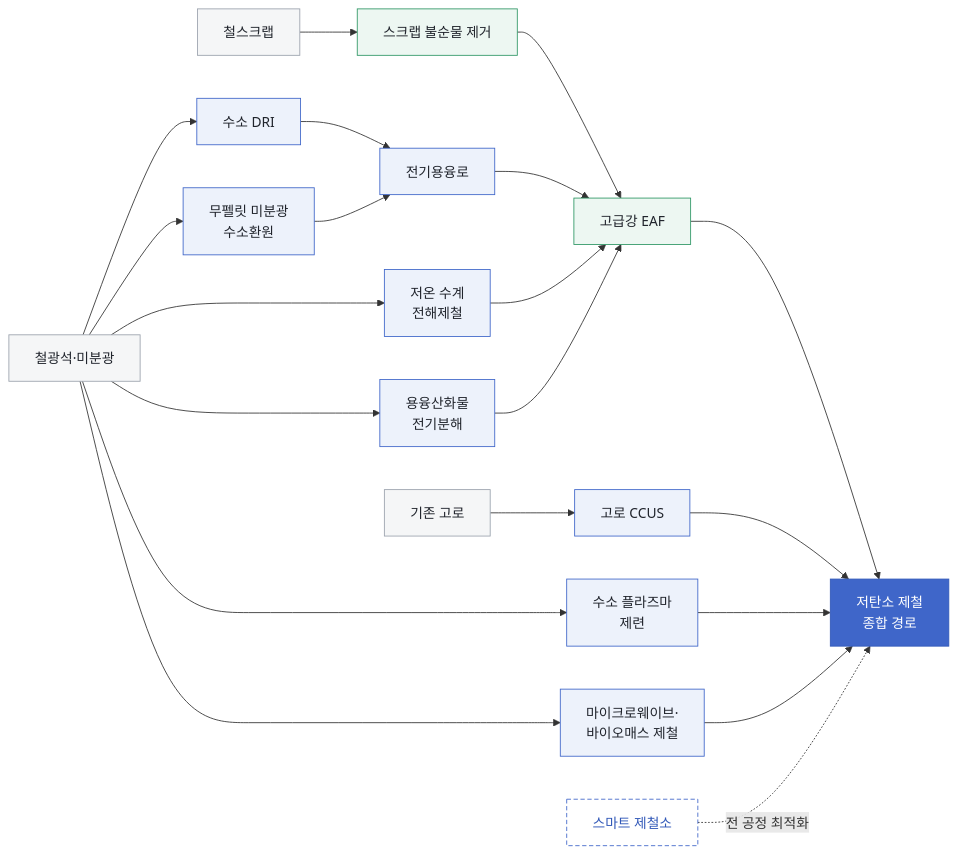
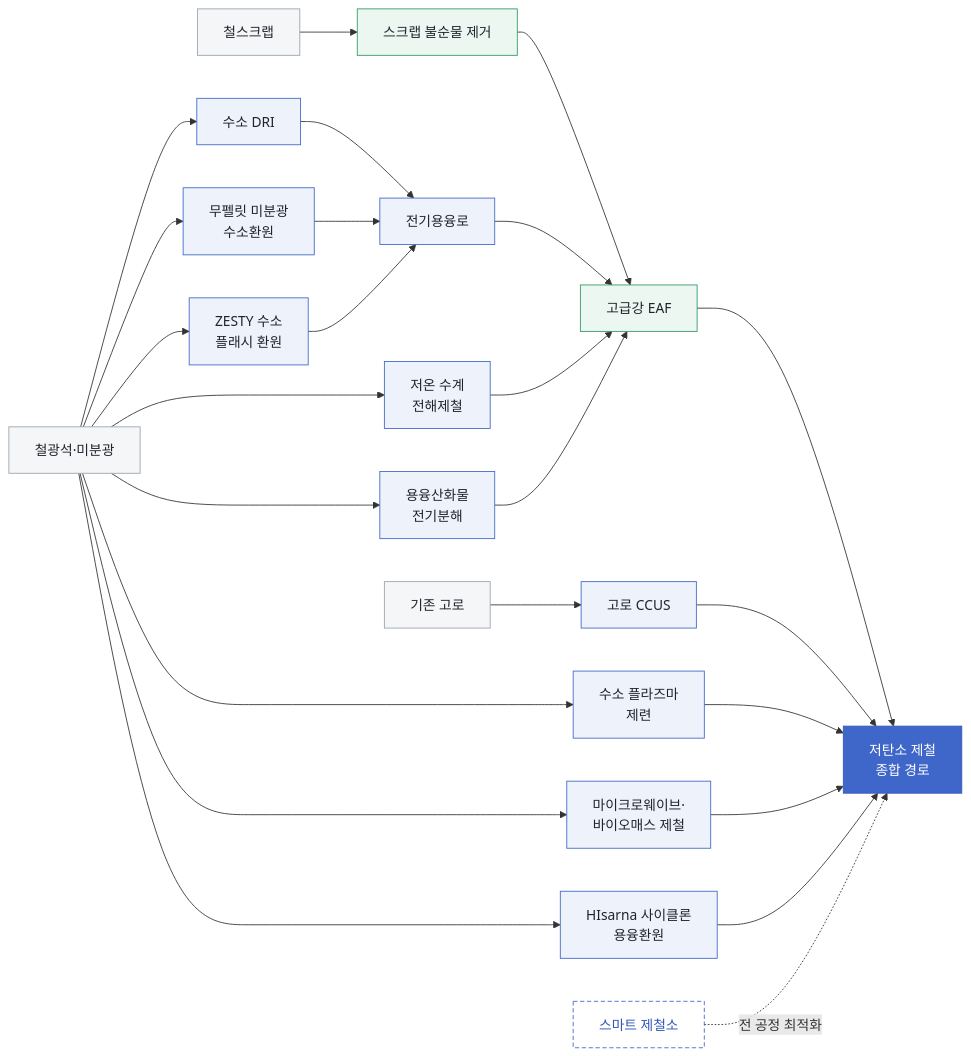
The diagram in steel-wiki/index.md (arik08/Steel_Tech_AI_Wiki), drawn with Mermaid before and after one commit. The commit also changed other lines of this file and 1360 other files, not shown here.

````diff
--- a/steel-wiki/index.md
+++ b/steel-wiki/index.md
@@ -17,32 +17,36 @@
 ```mermaid
 flowchart LR
   ore["철광석·미분광"] --> hdri["수소 DRI"]
   ore --> fine["무펠릿 미분광<br/>수소환원"]
+  ore --> zesty["ZESTY 수소<br/>플래시 환원"]
+  ore --> hisarna["HIsarna 사이클론<br/>용융환원"]
   ore --> aqueous["저온 수계<br/>전해제철"]
   ore --> moe["용융산화물<br/>전기분해"]
   ore --> plasma["수소 플라즈마<br/>제련"]
   ore --> bio["마이크로웨이브·<br/>바이오매스 제철"]
   hdri --> esf["전기용융로"]
   fine --> esf
+  zesty --> esf
   scrap["철스크랩"] --> clean["스크랩 불순물 제거"]
   clean --> eaf["고급강 EAF"]
   esf --> eaf
   aqueous --> eaf
   moe --> eaf
   bf["기존 고로"] --> ccus["고로 CCUS"]
   eaf --> low["저탄소 제철<br/>종합 경로"]
   ccus --> low
   plasma --> low
   bio --> low
+  hisarna --> low
   smart["스마트 제철소"] -. "전 공정 최적화" .-> low
   classDef feed fill:#F5F6F7,stroke:#9BA2AD,color:#20242C
   classDef process fill:#EDF2FB,stroke:#3F66C9,color:#20242C
   classDef circular fill:#EDF7F2,stroke:#2F9765,color:#20242C
   classDef enabler fill:#FFFFFF,stroke:#3F66C9,color:#3158B8,stroke-dasharray:5 3
   classDef outcome fill:#3F66C9,stroke:#3158B8,color:#FFFFFF
   class ore,scrap,bf feed
-  class hdri,fine,aqueous,moe,plasma,bio,esf,ccus process
+  class hdri,fine,zesty,hisarna,aqueous,moe,plasma,bio,esf,ccus process
   class clean,eaf circular
   class smart enabler
   class low outcome
 ```
````
